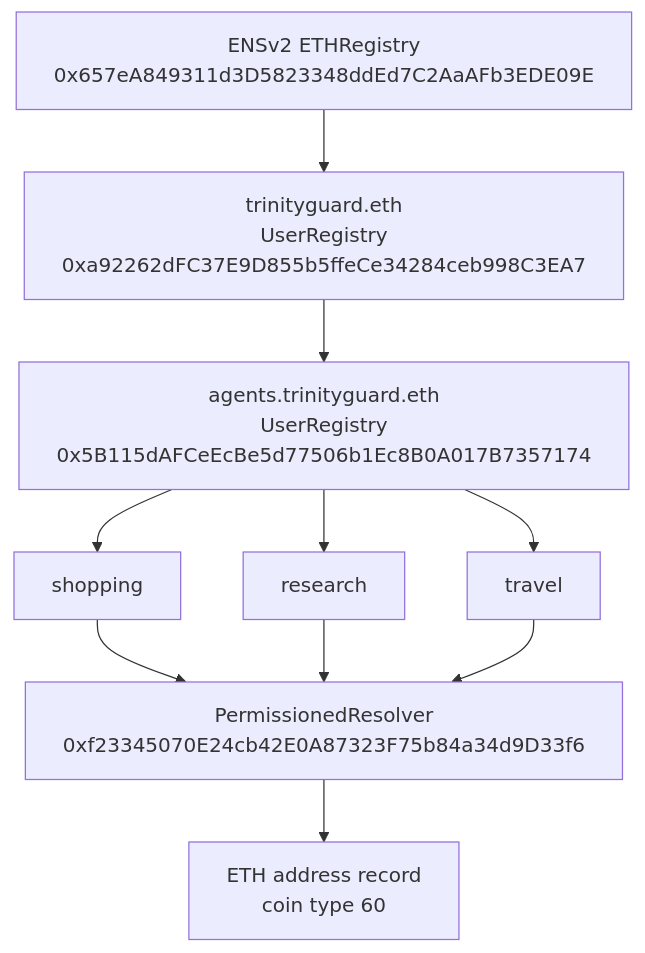
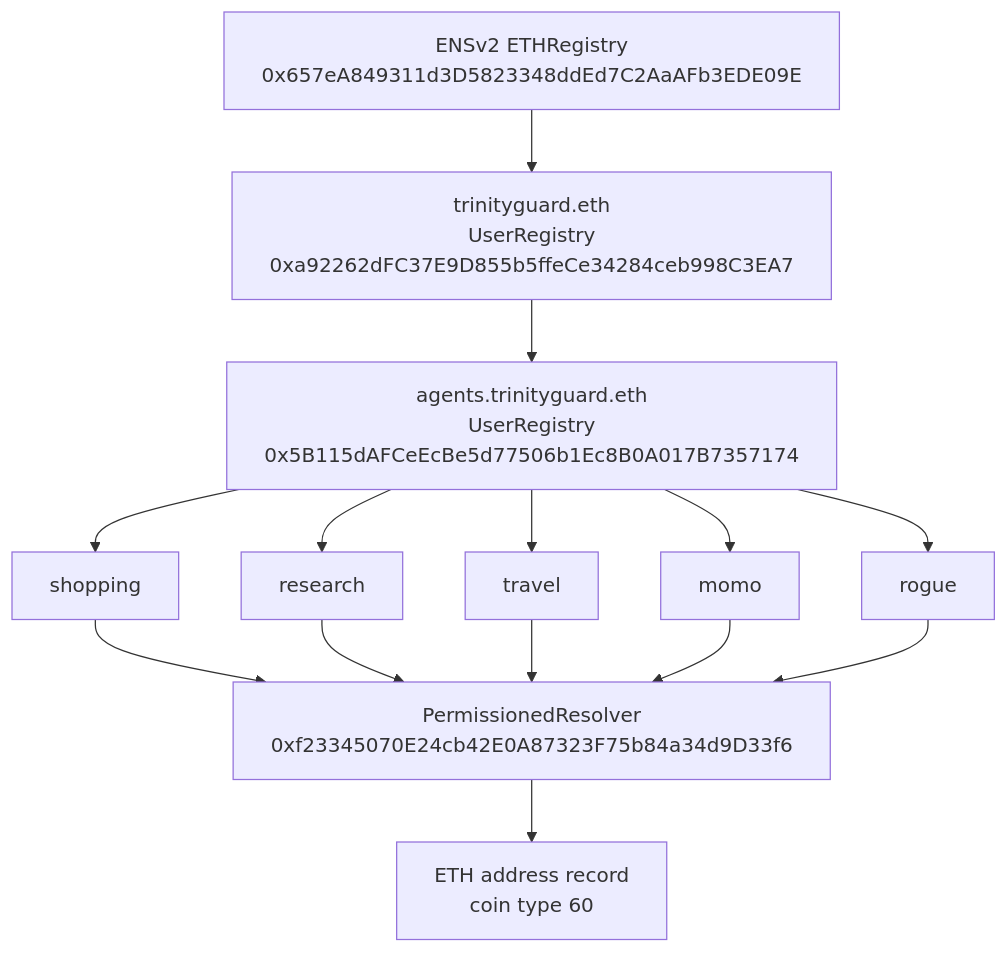
The second of 3 diagrams in packages/guardian-ens/README.md (ETHGlobalTokyo2026/trinity-guardian), drawn with Mermaid before and after one commit. The commit also changed other lines of this file, not shown here.

````diff
--- a/packages/guardian-ens/README.md
+++ b/packages/guardian-ens/README.md
@@ -87,17 +87,21 @@
 ```mermaid
 flowchart TD
   ETH["ENSv2 ETHRegistry<br/>0x657eA849311d3D5823348ddEd7C2AaAFb3EDE09E"]
   Root["trinityguard.eth<br/>UserRegistry<br/>0xa92262dFC37E9D855b5ffeCe34284ceb998C3EA7"]
   Agents["agents.trinityguard.eth<br/>UserRegistry<br/>0x5B115dAFCeEcBe5d77506b1Ec8B0A017B7357174"]
   Shopping[shopping]
   Research[research]
   Travel[travel]
+  Momo[momo]
+  Rogue[rogue]
   Resolver["PermissionedResolver<br/>0xf23345070E24cb42E0A87323F75b84a34d9D33f6"]
   Addr["ETH address record<br/>coin type 60"]
 
   ETH --> Root --> Agents
   Agents --> Shopping --> Resolver
   Agents --> Research --> Resolver
   Agents --> Travel --> Resolver
+  Agents --> Momo --> Resolver
+  Agents --> Rogue --> Resolver
   Resolver --> Addr
 ```
````
